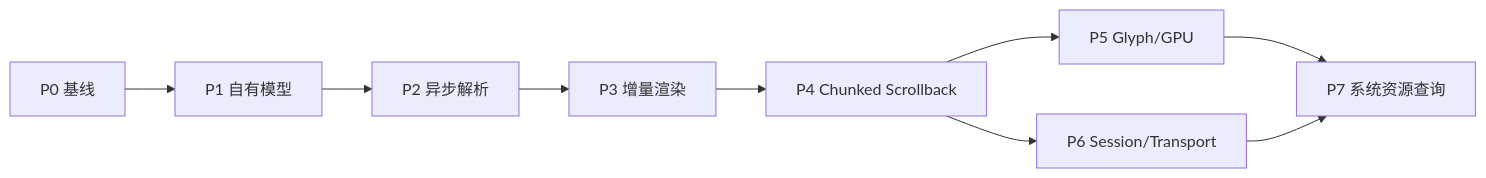
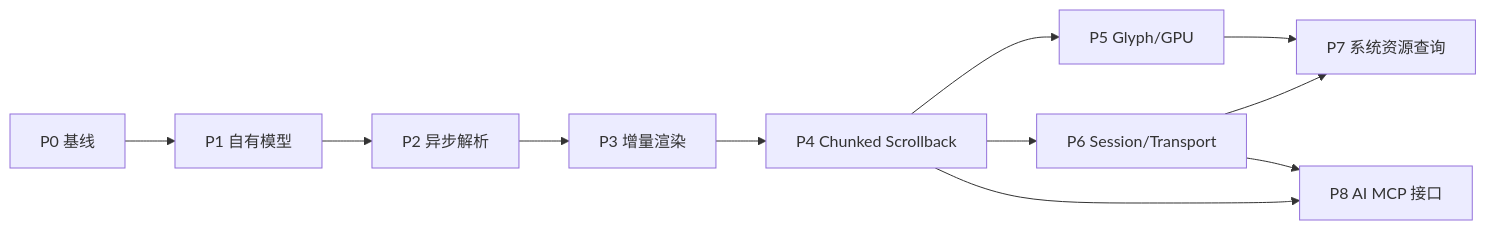
The diagram in docs/architecture/Development_Roadmap.md (han-shao-jun/NovaTerm), drawn with Mermaid before and after one commit. The commit also changed other lines of this file and 50 other files, not shown here.

````diff
--- a/docs/architecture/Development_Roadmap.md
+++ b/docs/architecture/Development_Roadmap.md
@@ -5,11 +5,13 @@
 ```mermaid
 flowchart LR
     P0[P0 基线] --> P1[P1 自有模型]
     P1 --> P2[P2 异步解析]
     P2 --> P3[P3 增量渲染]
     P3 --> P4[P4 Chunked Scrollback]
     P4 --> P5[P5 Glyph/GPU]
     P4 --> P6[P6 Session/Transport]
     P5 --> P7[P7 系统资源查询]
     P6 --> P7
+    P4 --> P8[P8 AI MCP 接口]
+    P6 --> P8
 ```
````
